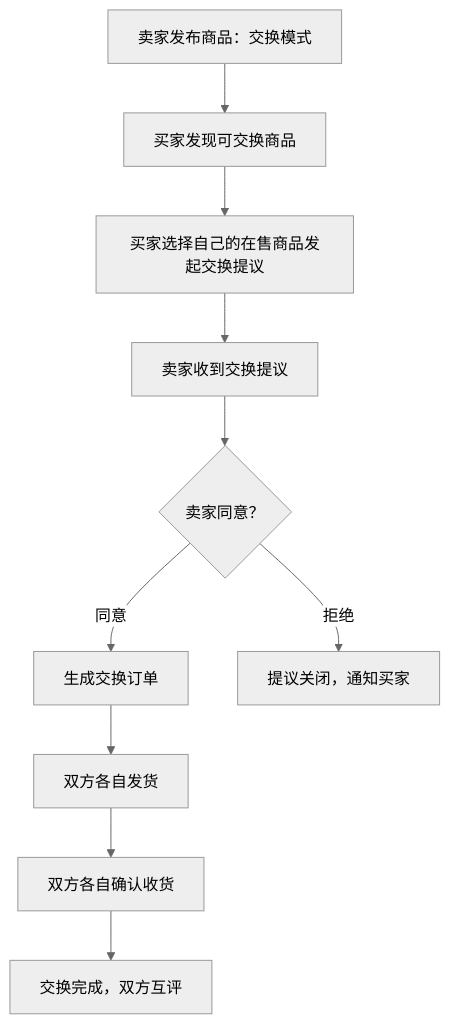
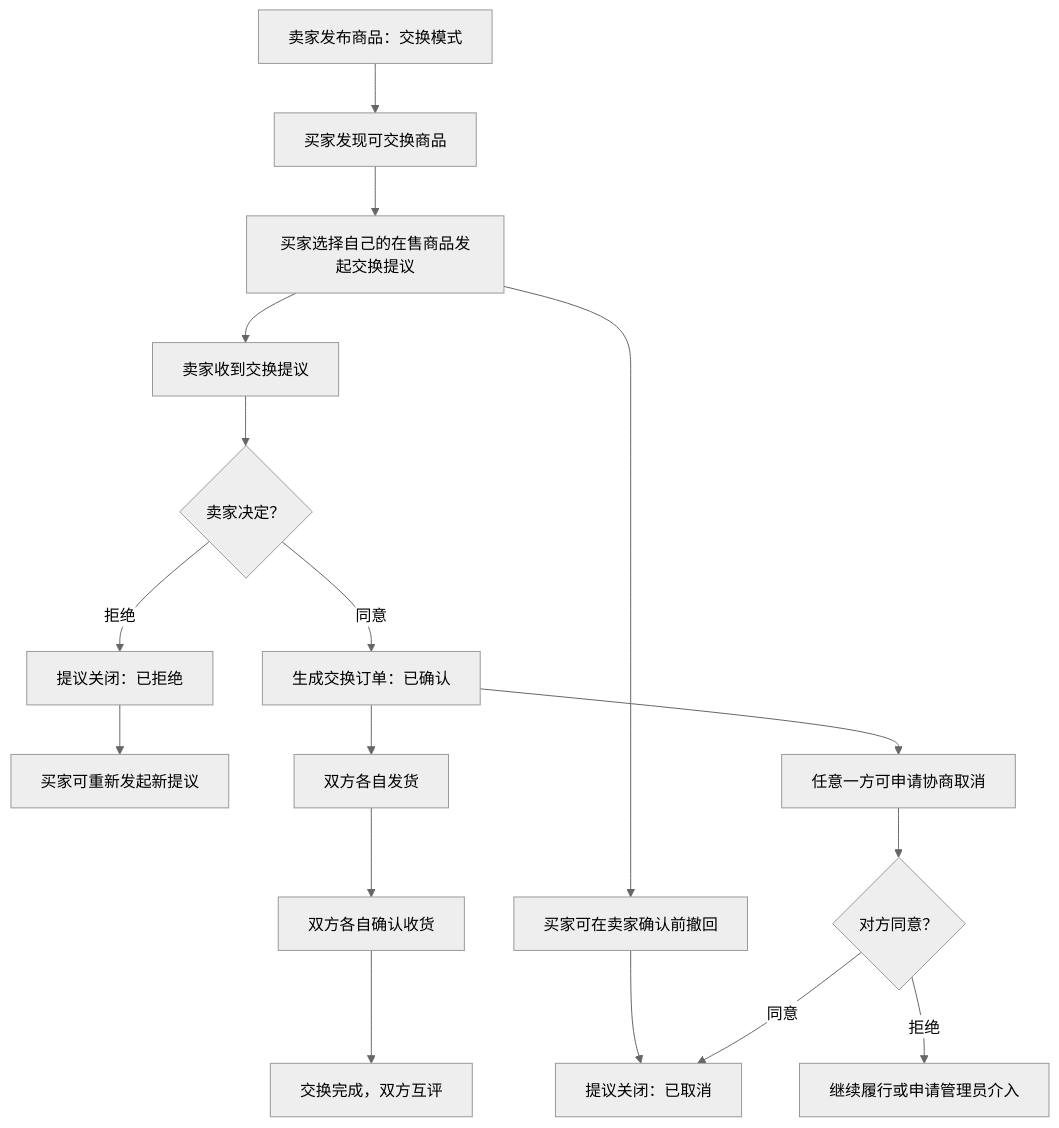
One commit to qiaoyeye07/system changed the second of 3 diagrams in memory/01-产品需求文档-PRD.md. Above: the diagram before and after it, drawn with Mermaid (neutral theme). The commit also changed other lines of this file and 9 other files, not shown here.

````diff
--- a/memory/01-产品需求文档-PRD.md
+++ b/memory/01-产品需求文档-PRD.md
@@ -257,12 +259,19 @@
 ```mermaid
 flowchart TD
     A["卖家发布商品：交换模式"] --> B["买家发现可交换商品"]
     B --> C["买家选择自己的在售商品发起交换提议"]
     C --> D["卖家收到交换提议"]
-    D --> E{"卖家同意？"}
-    E -- "同意" --> F["生成交换订单"]
+    D --> E{"卖家决定？"}
+    E -- "同意" --> F["生成交换订单：已确认"]
+    E -- "拒绝" --> J["提议关闭：已拒绝"]
+    J --> K["买家可重新发起新提议"]
     F --> G["双方各自发货"]
     G --> H["双方各自确认收货"]
     H --> I["交换完成，双方互评"]
-    E -- "拒绝" --> J["提议关闭，通知买家"]
+    C --> L["买家可在卖家确认前撤回"]
+    L --> M["提议关闭：已取消"]
+    F --> N["任意一方可申请协商取消"]
+    N --> O{"对方同意？"}
+    O -- "同意" --> M
+    O -- "拒绝" --> P["继续履行或申请管理员介入"]
 ```
````
